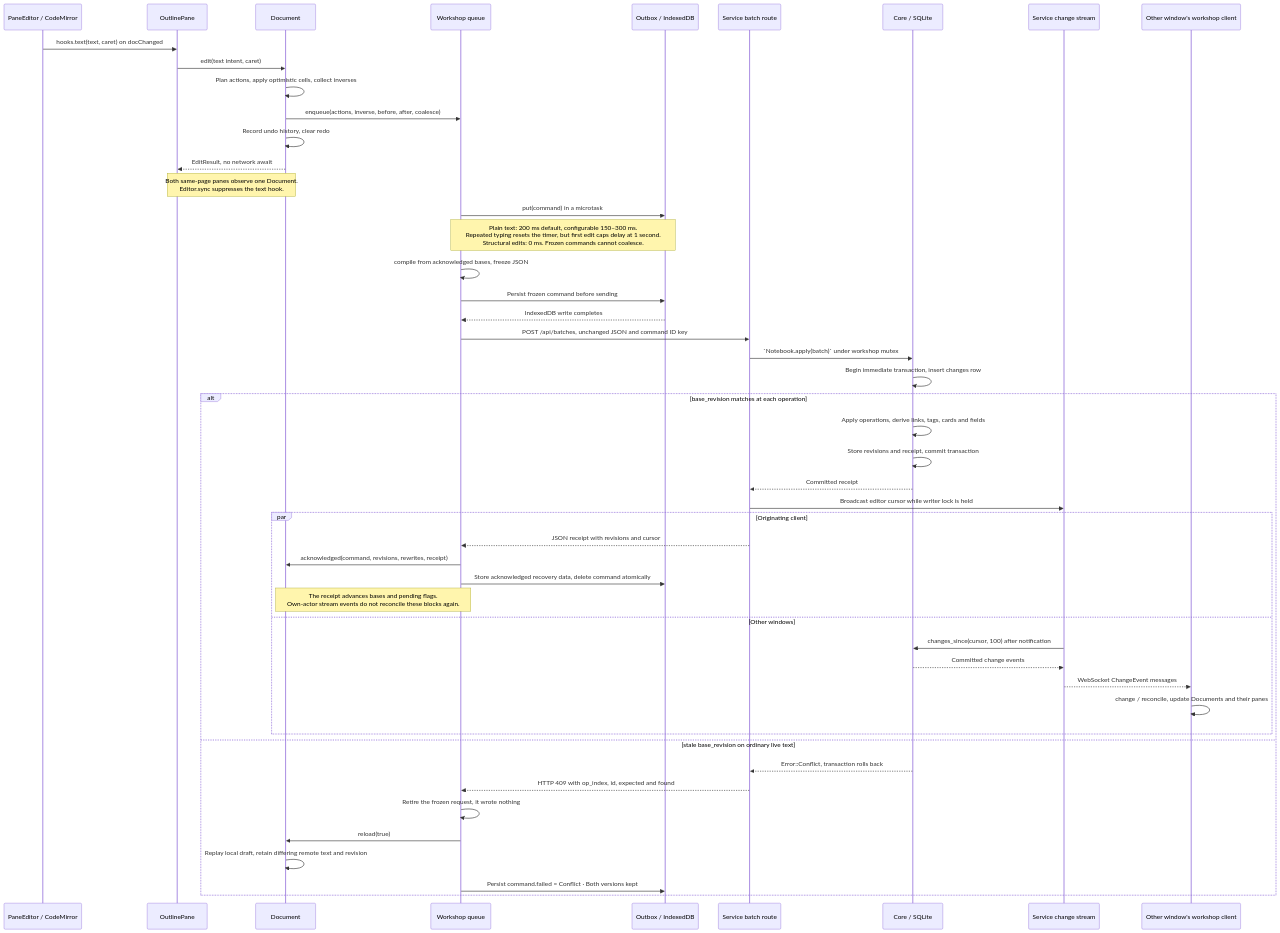
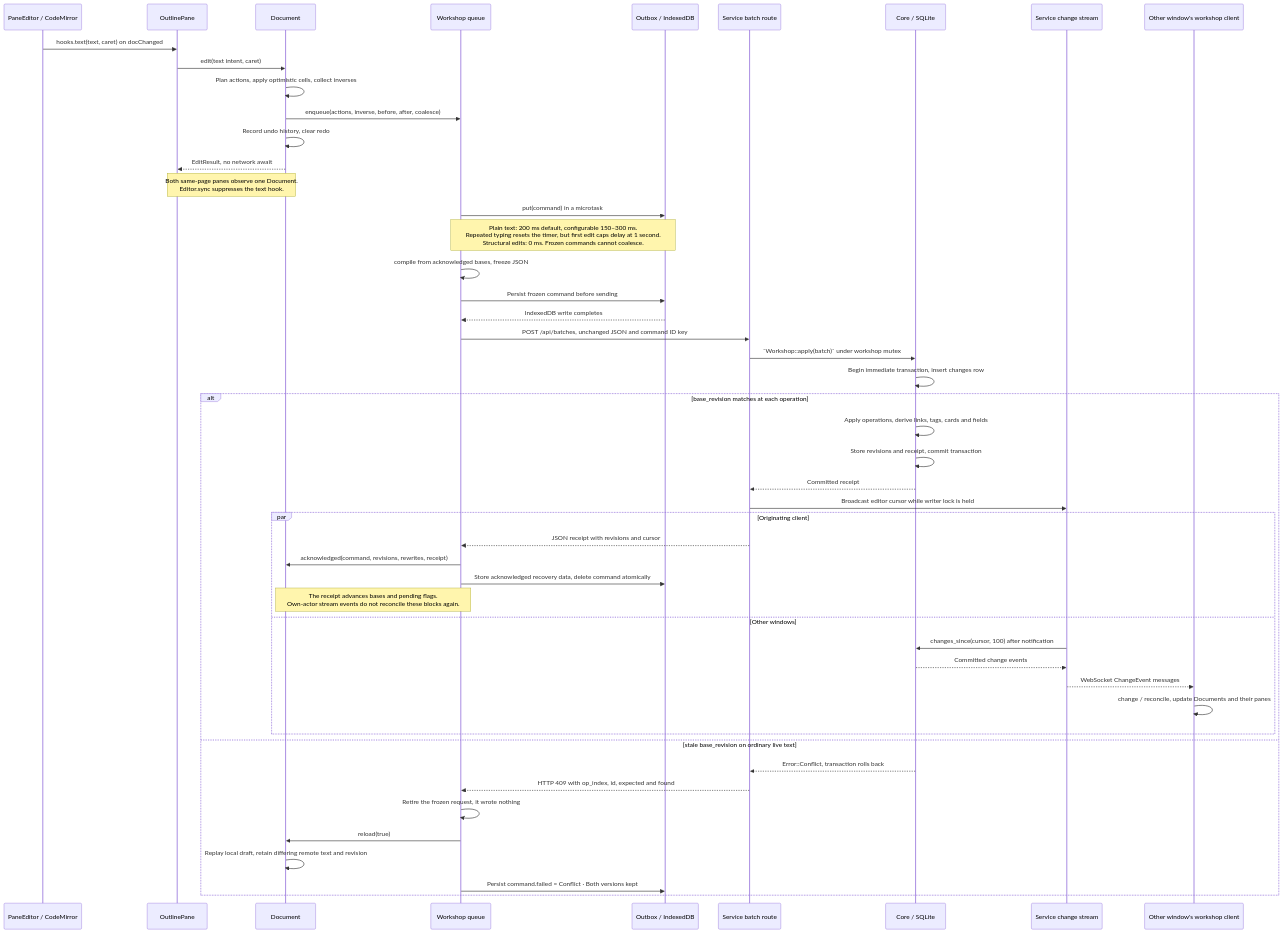
One commit to solforged/tessera changed the fourth of 5 diagrams in docs/how-it-works.md. Above: the diagram before and after it, drawn with Mermaid. The commit also changed other lines of this file and 14 other files, not shown here.

First line of the commit message:
Retire draft notes and reconcile the roadmap, sync and skills

````diff
--- a/docs/how-it-works.md
+++ b/docs/how-it-works.md
@@ -1163,52 +1163,52 @@
 ```mermaid
 sequenceDiagram
     participant Editor as PaneEditor / CodeMirror
     participant Pane as OutlinePane
     participant Doc as Document
     participant Queue as Workshop queue
     participant Outbox as Outbox / IndexedDB
     participant HTTP as Service batch route
     participant Core as Core / SQLite
     participant Stream as Service change stream
     participant Other as Other window's workshop client
 
     Editor->>Pane: hooks.text(text, caret) on docChanged
     Pane->>Doc: edit(text intent, caret)
     Doc->>Doc: Plan actions, apply optimistic cells, collect inverses
     Doc->>Queue: enqueue(actions, inverse, before, after, coalesce)
     Doc->>Doc: Record undo history, clear redo
     Doc-->>Pane: EditResult, no network await
     Note over Pane,Doc: Both same-page panes observe one Document.<br/>Editor.sync suppresses the text hook.
     Queue->>Outbox: put(command) in a microtask
     Note over Queue,Outbox: Plain text: 200 ms default, configurable 150–300 ms.<br/>Repeated typing resets the timer, but first edit caps delay at 1 second.<br/>Structural edits: 0 ms. Frozen commands cannot coalesce.
     Queue->>Queue: compile from acknowledged bases, freeze JSON
     Queue->>Outbox: Persist frozen command before sending
     Outbox-->>Queue: IndexedDB write completes
     Queue->>HTTP: POST /api/batches, unchanged JSON and command ID key
-    HTTP->>Core: `Notebook.apply(batch)` under workshop mutex
+    HTTP->>Core: `Workshop::apply(batch)` under workshop mutex
     Core->>Core: Begin immediate transaction, insert changes row
     alt base_revision matches at each operation
         Core->>Core: Apply operations, derive links, tags, cards and fields
         Core->>Core: Store revisions and receipt, commit transaction
         Core-->>HTTP: Committed receipt
         HTTP->>Stream: Broadcast editor cursor while writer lock is held
         par Originating client
             HTTP-->>Queue: JSON receipt with revisions and cursor
             Queue->>Doc: acknowledged(command, revisions, rewrites, receipt)
             Queue->>Outbox: Store acknowledged recovery data, delete command atomically
             Note over Doc,Queue: The receipt advances bases and pending flags.<br/>Own-actor stream events do not reconcile these blocks again.
         and Other windows
             Stream->>Core: changes_since(cursor, 100) after notification
             Core-->>Stream: Committed change events
             Stream-->>Other: WebSocket ChangeEvent messages
             Other->>Other: change / reconcile, update Documents and their panes
         end
     else stale base_revision on ordinary live text
         Core-->>HTTP: Error::Conflict, transaction rolls back
         HTTP-->>Queue: HTTP 409 with op_index, id, expected and found
         Queue->>Queue: Retire the frozen request, it wrote nothing
         Queue->>Doc: reload(true)
         Doc->>Doc: Replay local draft, retain differing remote text and revision
         Queue->>Outbox: Persist command.failed = Conflict · Both versions kept
     end
 ```
````
